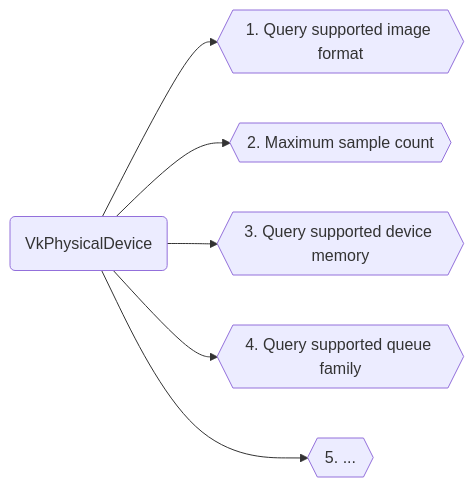
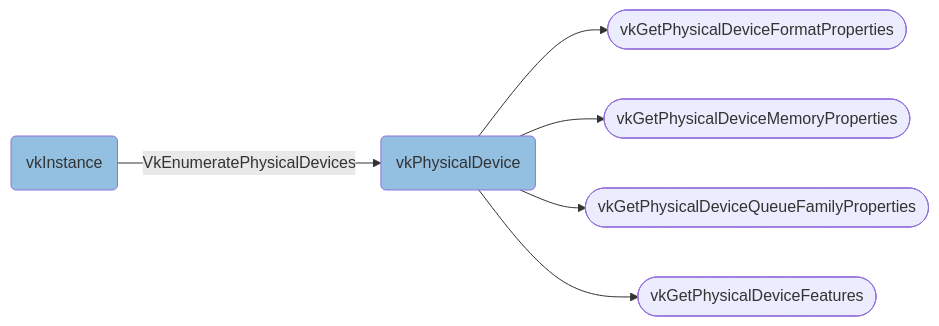
Before and after one commit to yslib/mynotes: the third of 3 diagrams in graphics/vulkan/Overview.md, drawn with Mermaid. The commit also changed other lines of this file and 1 other file, not shown here.

````diff
--- a/graphics/vulkan/Overview.md
+++ b/graphics/vulkan/Overview.md
@@ -78,10 +81,13 @@
 ```mermaid
 graph LR
 linkStyle default interpolate basis
+i(vkInstance):::vkobj--VkEnumeratePhysicalDevices-->p(vkPhysicalDevice):::vkobj
+p-->a([vkGetPhysicalDeviceFormatProperties]):::get
+p-->c([vkGetPhysicalDeviceMemoryProperties]):::get
+p-->d([vkGetPhysicalDeviceQueueFamilyProperties]):::get
+p-->e([vkGetPhysicalDeviceFeatures]):::get
 
-p(VkPhysicalDevice) --> a{{1. Query supported image format}}
-p --> b{{2. Maximum sample count}}
-p --> c{{3. Query supported device memory}}
-p --> d{{4. Query supported queue family}}
-p --> z{{5. ...}}
+classDef vkobj fill:#93BFE1
+classDef get fill::#282828
+classDef none fill:#7FDBDA
 ```
````
